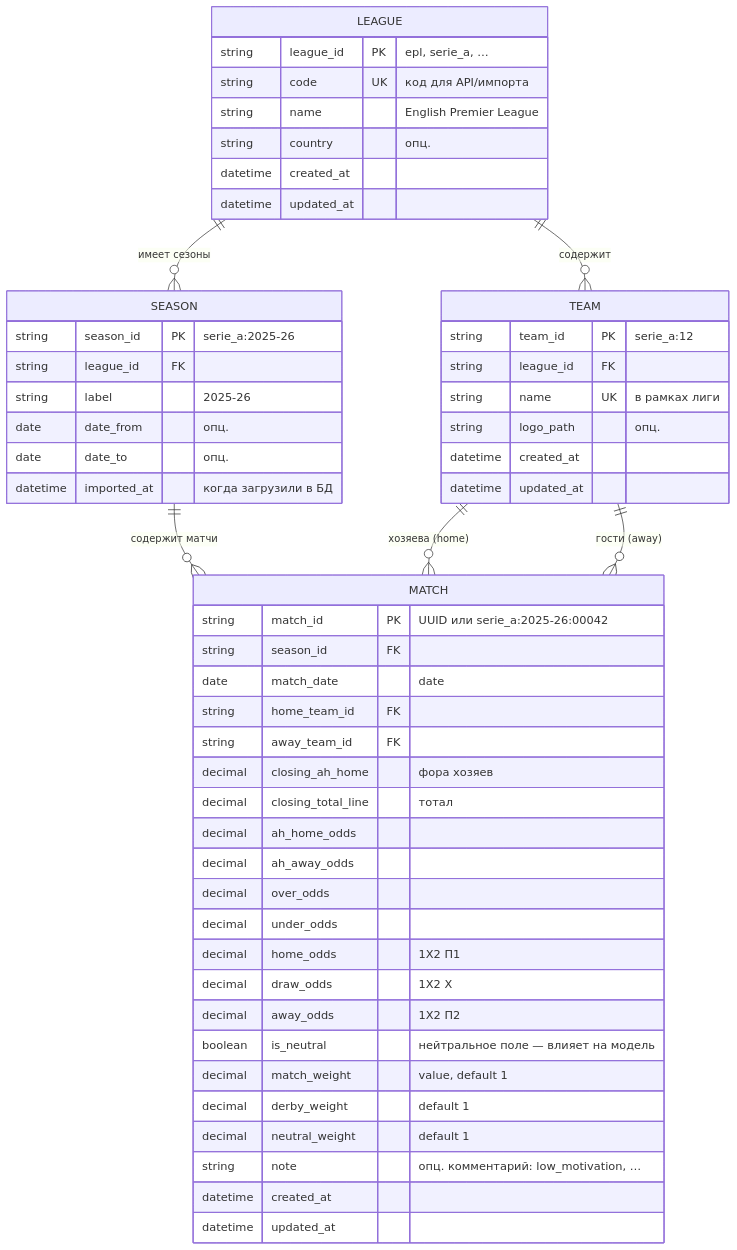
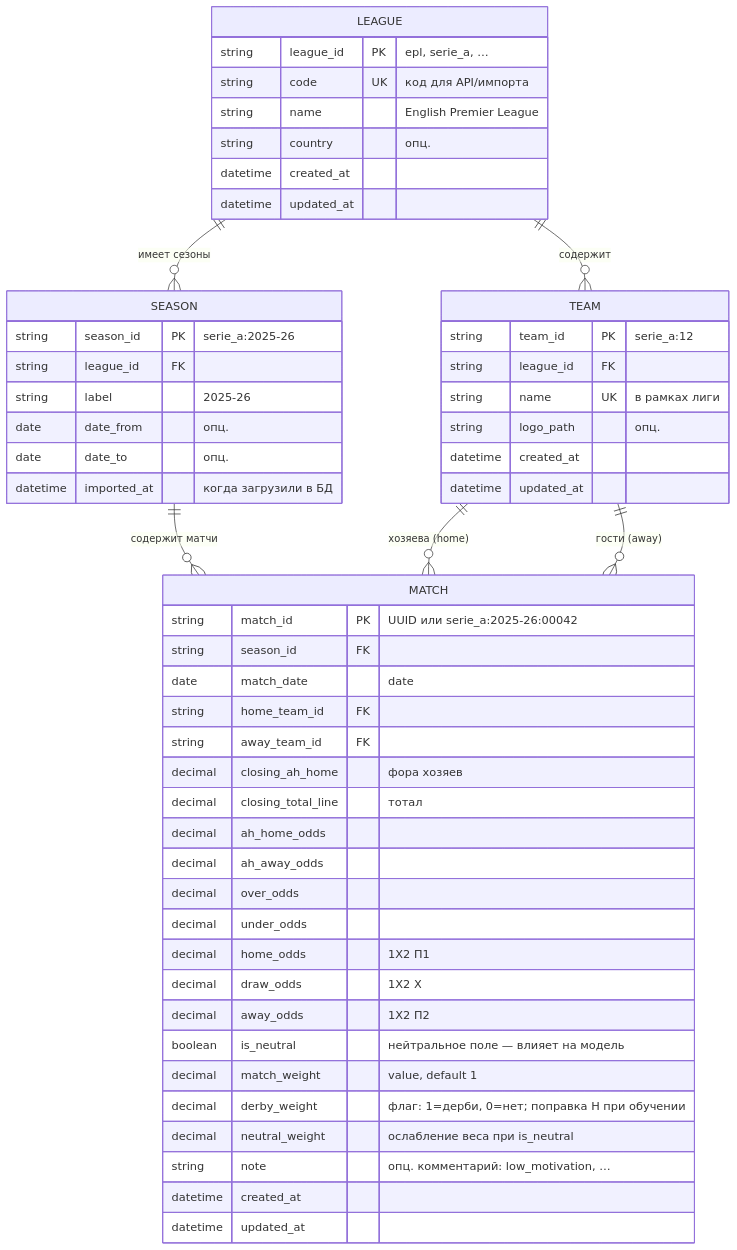
Before and after one commit to anka-khvalina/calc_money: the first of 4 diagrams in docs/db-er-closing-lines.md, drawn with Mermaid. The commit also changed other lines of this file and 10 other files, not shown here.

First line of the commit message:
Update docs and in-app help for derby H, neutral flags, and bash scripts

````diff
--- a/docs/db-er-closing-lines.md
+++ b/docs/db-er-closing-lines.md
@@ -11,59 +11,59 @@
 ```mermaid
 erDiagram
     LEAGUE ||--o{ TEAM : "содержит"
     LEAGUE ||--o{ SEASON : "имеет сезоны"
     SEASON ||--o{ MATCH : "содержит матчи"
     TEAM ||--o{ MATCH : "хозяева (home)"
     TEAM ||--o{ MATCH : "гости (away)"
 
     LEAGUE {
         string league_id PK "epl, serie_a, …"
         string code UK "код для API/импорта"
         string name "English Premier League"
         string country "опц."
         datetime created_at
         datetime updated_at
     }
 
     TEAM {
         string team_id PK "serie_a:12"
         string league_id FK
         string name UK "в рамках лиги"
         string logo_path "опц."
         datetime created_at
         datetime updated_at
     }
 
     SEASON {
         string season_id PK "serie_a:2025-26"
         string league_id FK
         string label "2025-26"
         date date_from "опц."
         date date_to "опц."
         datetime imported_at "когда загрузили в БД"
     }
 
     MATCH {
         string match_id PK "UUID или serie_a:2025-26:00042"
         string season_id FK
         date match_date "date"
         string home_team_id FK
         string away_team_id FK
         decimal closing_ah_home "фора хозяев"
         decimal closing_total_line "тотал"
         decimal ah_home_odds
         decimal ah_away_odds
         decimal over_odds
         decimal under_odds
         decimal home_odds "1X2 П1"
         decimal draw_odds "1X2 X"
         decimal away_odds "1X2 П2"
         boolean is_neutral "нейтральное поле — влияет на модель"
         decimal match_weight "value, default 1"
-        decimal derby_weight "default 1"
-        decimal neutral_weight "default 1"
+        decimal derby_weight "флаг: 1=дерби, 0=нет; поправка H при обучении"
+        decimal neutral_weight "ослабление веса при is_neutral"
         string note "опц. комментарий: low_motivation, …"
         datetime created_at
         datetime updated_at
     }
 ```
````
